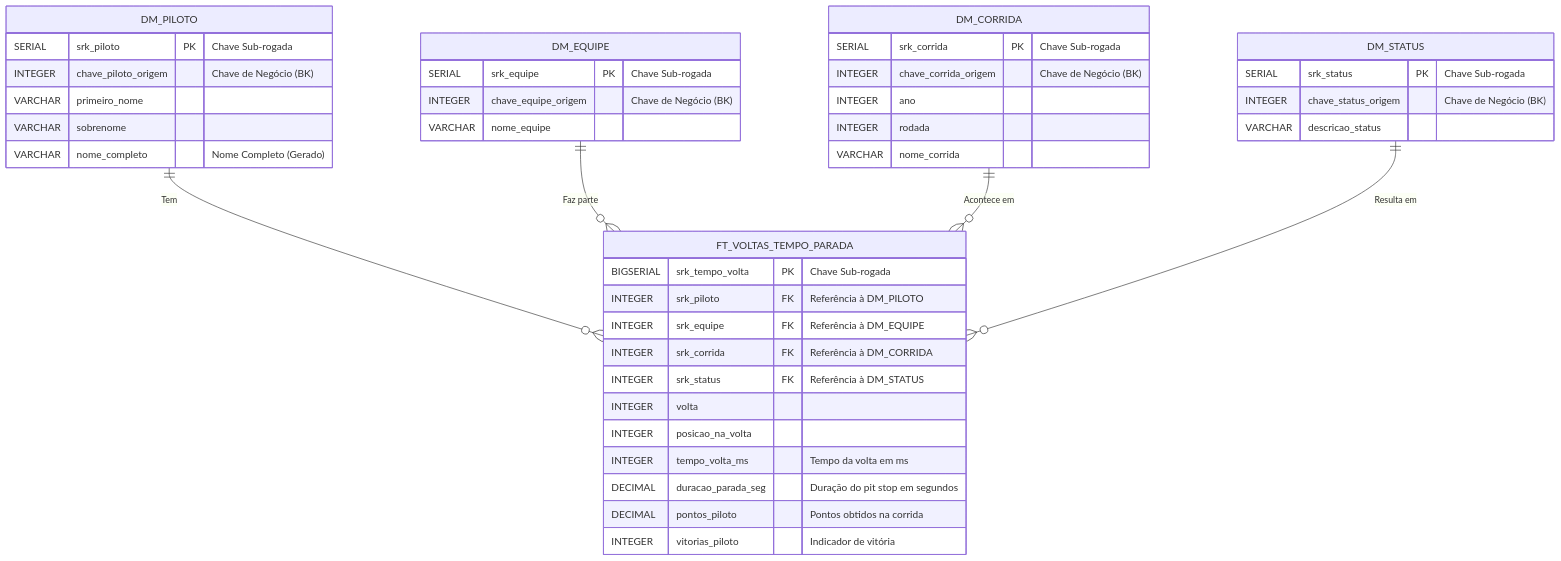
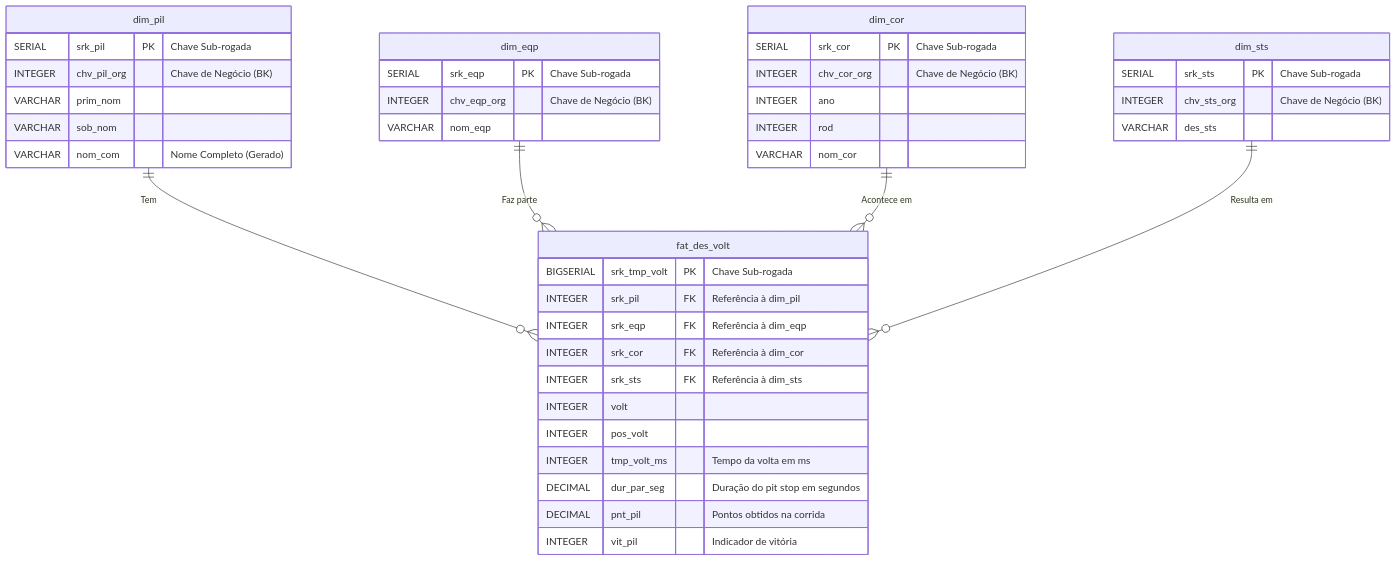
One commit to Julio1099/formula1-analytics changed the diagram in Data Layer/gold/mer_gold.md. Above: the diagram before and after it, drawn with Mermaid. The commit also changed other lines of this file and 2 other files, not shown here.

Commit message:
Sincronização da modelagem com o DDL da Camada Gold

````diff
--- a/Data Layer/gold/mer_gold.md
+++ b/Data Layer/gold/mer_gold.md
@@ -37,49 +29,49 @@
 ```mermaid
 erDiagram
-    DM_PILOTO ||--o{ FT_VOLTAS_TEMPO_PARADA : "Tem"
-    DM_EQUIPE ||--o{ FT_VOLTAS_TEMPO_PARADA : "Faz parte"
-    DM_CORRIDA ||--o{ FT_VOLTAS_TEMPO_PARADA : "Acontece em"
-    DM_STATUS ||--o{ FT_VOLTAS_TEMPO_PARADA : "Resulta em"
+    dim_pil ||--o{ fat_des_volt : "Tem"
+    dim_eqp ||--o{ fat_des_volt : "Faz parte"
+    dim_cor ||--o{ fat_des_volt : "Acontece em"
+    dim_sts ||--o{ fat_des_volt : "Resulta em"
 
-    DM_PILOTO {
-        SERIAL srk_piloto PK "Chave Sub-rogada"
-        INTEGER chave_piloto_origem "Chave de Negócio (BK)"
-        VARCHAR primeiro_nome
-        VARCHAR sobrenome
-        VARCHAR nome_completo "Nome Completo (Gerado)"
+    dim_pil {
+        SERIAL srk_pil PK "Chave Sub-rogada"
+        INTEGER chv_pil_org "Chave de Negócio (BK)"
+        VARCHAR prim_nom
+        VARCHAR sob_nom
+        VARCHAR nom_com "Nome Completo (Gerado)"
     }
     
-    DM_EQUIPE {
-        SERIAL srk_equipe PK "Chave Sub-rogada"
-        INTEGER chave_equipe_origem "Chave de Negócio (BK)"
-        VARCHAR nome_equipe
+    dim_eqp {
+        SERIAL srk_eqp PK "Chave Sub-rogada"
+        INTEGER chv_eqp_org "Chave de Negócio (BK)"
+        VARCHAR nom_eqp
     }
     
-    DM_CORRIDA {
-        SERIAL srk_corrida PK "Chave Sub-rogada"
-        INTEGER chave_corrida_origem "Chave de Negócio (BK)"
+    dim_cor {
+        SERIAL srk_cor PK "Chave Sub-rogada"
+        INTEGER chv_cor_org "Chave de Negócio (BK)"
         INTEGER ano
-        INTEGER rodada
-        VARCHAR nome_corrida
+        INTEGER rod
+        VARCHAR nom_cor
     }
     
-    DM_STATUS {
-        SERIAL srk_status PK "Chave Sub-rogada"
-        INTEGER chave_status_origem "Chave de Negócio (BK)"
-        VARCHAR descricao_status
+    dim_sts {
+        SERIAL srk_sts PK "Chave Sub-rogada"
+        INTEGER chv_sts_org "Chave de Negócio (BK)"
+        VARCHAR des_sts
     }
     
-    FT_VOLTAS_TEMPO_PARADA {
-        BIGSERIAL srk_tempo_volta PK "Chave Sub-rogada"
-        INTEGER srk_piloto FK "Referência à DM_PILOTO"
-        INTEGER srk_equipe FK "Referência à DM_EQUIPE"
-        INTEGER srk_corrida FK "Referência à DM_CORRIDA"
-        INTEGER srk_status FK "Referência à DM_STATUS"
-        INTEGER volta
-        INTEGER posicao_na_volta
-        INTEGER tempo_volta_ms "Tempo da volta em ms"
-        DECIMAL duracao_parada_seg "Duração do pit stop em segundos"
-        DECIMAL pontos_piloto "Pontos obtidos na corrida"
-        INTEGER vitorias_piloto "Indicador de vitória"
+    fat_des_volt {
+        BIGSERIAL srk_tmp_volt PK "Chave Sub-rogada"
+        INTEGER srk_pil FK "Referência à dim_pil"
+        INTEGER srk_eqp FK "Referência à dim_eqp"
+        INTEGER srk_cor FK "Referência à dim_cor"
+        INTEGER srk_sts FK "Referência à dim_sts"
+        INTEGER volt
+        INTEGER pos_volt
+        INTEGER tmp_volt_ms "Tempo da volta em ms"
+        DECIMAL dur_par_seg "Duração do pit stop em segundos"
+        DECIMAL pnt_pil "Pontos obtidos na corrida"
+        INTEGER vit_pil "Indicador de vitória"
     }
 ```
````
